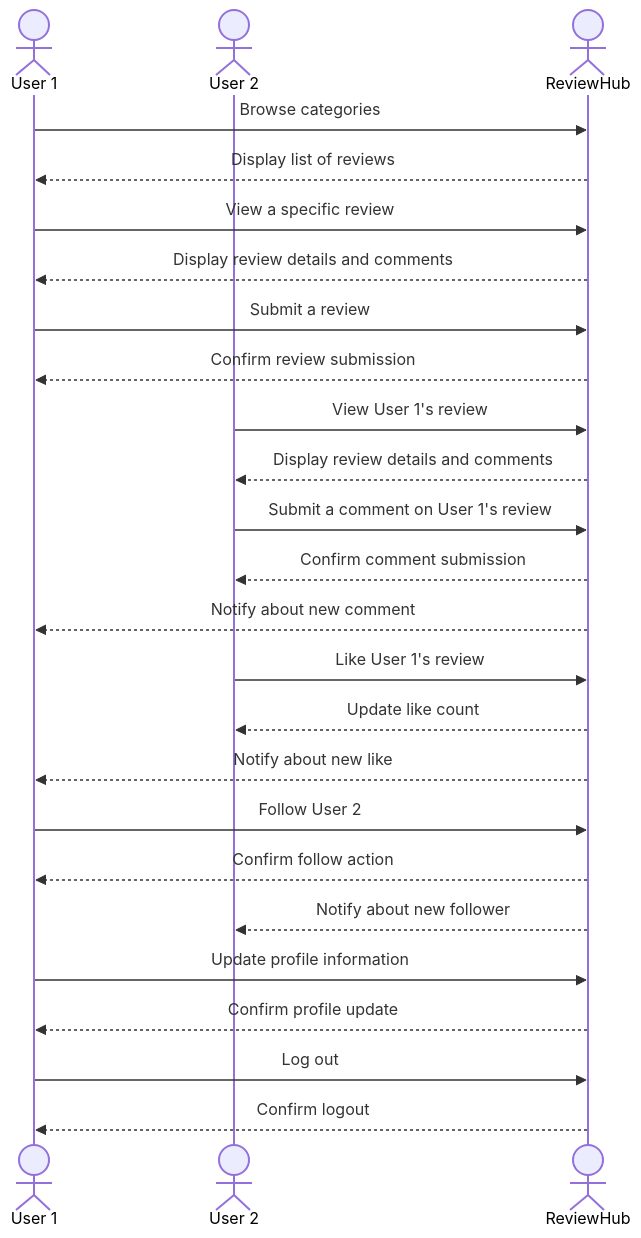
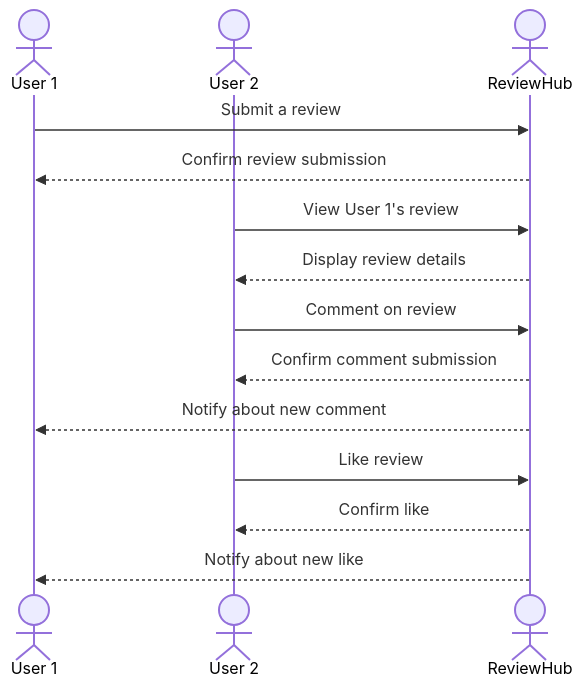
The diagram in README.md (taeook/startup), drawn with Mermaid before and after one commit.

````diff
--- a/README.md
+++ b/README.md
@@ -28,34 +28,20 @@
 ```mermaid
 sequenceDiagram
   actor User1 as User 1
   actor User2 as User 2
   actor ReviewHub
 
-  User1->>ReviewHub: Browse categories
-  ReviewHub-->>User1: Display list of reviews
-  User1->>ReviewHub: View a specific review
-  ReviewHub-->>User1: Display review details and comments
-
   User1->>ReviewHub: Submit a review
   ReviewHub-->>User1: Confirm review submission
 
   User2->>ReviewHub: View User 1's review
-  ReviewHub-->>User2: Display review details and comments
-  User2->>ReviewHub: Submit a comment on User 1's review
+  ReviewHub-->>User2: Display review details
+
+  User2->>ReviewHub: Comment on review
   ReviewHub-->>User2: Confirm comment submission
   ReviewHub-->>User1: Notify about new comment
 
-  User2->>ReviewHub: Like User 1's review
-  ReviewHub-->>User2: Update like count
+  User2->>ReviewHub: Like review
+  ReviewHub-->>User2: Confirm like
   ReviewHub-->>User1: Notify about new like
-
-  User1->>ReviewHub: Follow User 2
-  ReviewHub-->>User1: Confirm follow action
-  ReviewHub-->>User2: Notify about new follower
-
-  User1->>ReviewHub: Update profile information
-  ReviewHub-->>User1: Confirm profile update
-
-  User1->>ReviewHub: Log out
-  ReviewHub-->>User1: Confirm logout
 ```
````
